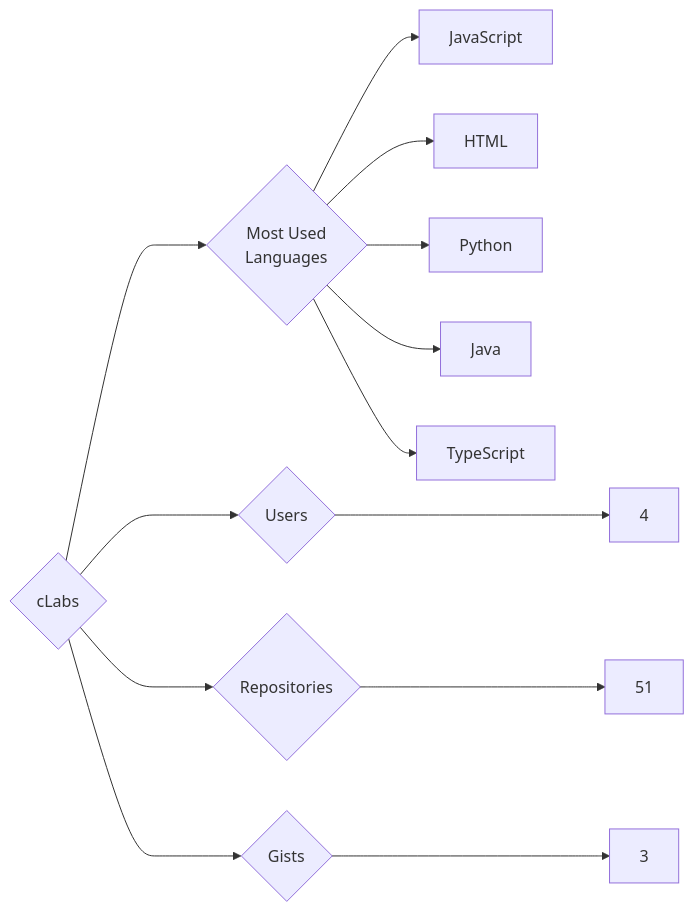
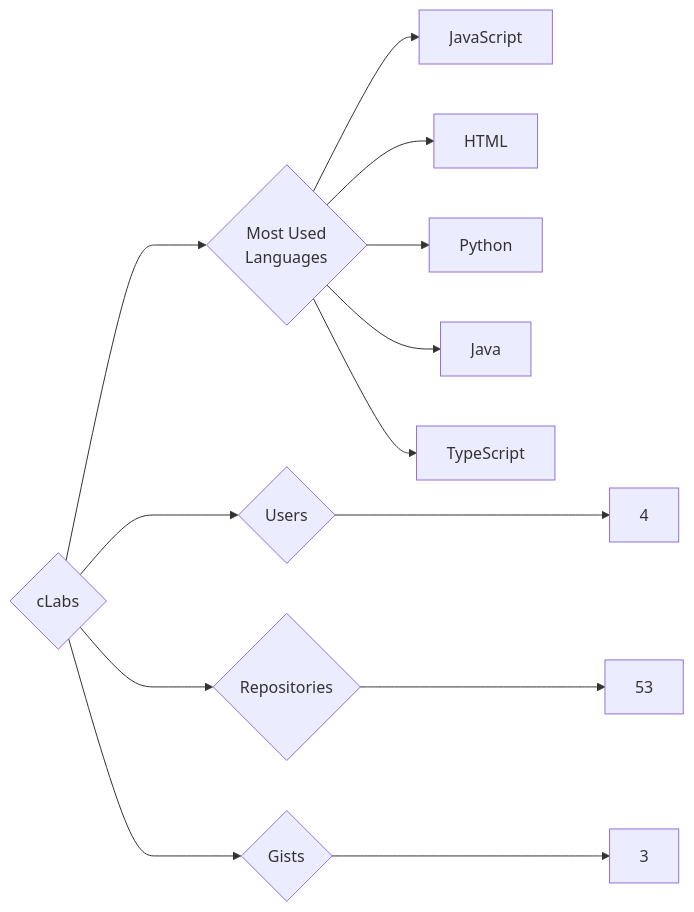
The diagram in targets/cLabs/README.md (trickest/insiders), drawn with Mermaid before and after one commit. The commit also changed 1020 other files, not shown here.

````diff
--- a/targets/cLabs/README.md
+++ b/targets/cLabs/README.md
@@ -3,13 +3,13 @@
 ```mermaid
 graph LR
 COMPANY_NAME{cLabs}
 COMPANY_NAME ---> U{Users} ---> UN[4]
-COMPANY_NAME ---> R{Repositories} ---> RN[51]
+COMPANY_NAME ---> R{Repositories} ---> RN[53]
 COMPANY_NAME ---> G{Gists} ---> GN[3]
 COMPANY_NAME ---> ML{Most Used<br>Languages}
 ML --> JavaScript[JavaScript]
 ML --> HTML[HTML]
 ML --> Python[Python]
 ML --> Java[Java]
 ML --> TypeScript[TypeScript]
 ```
````
